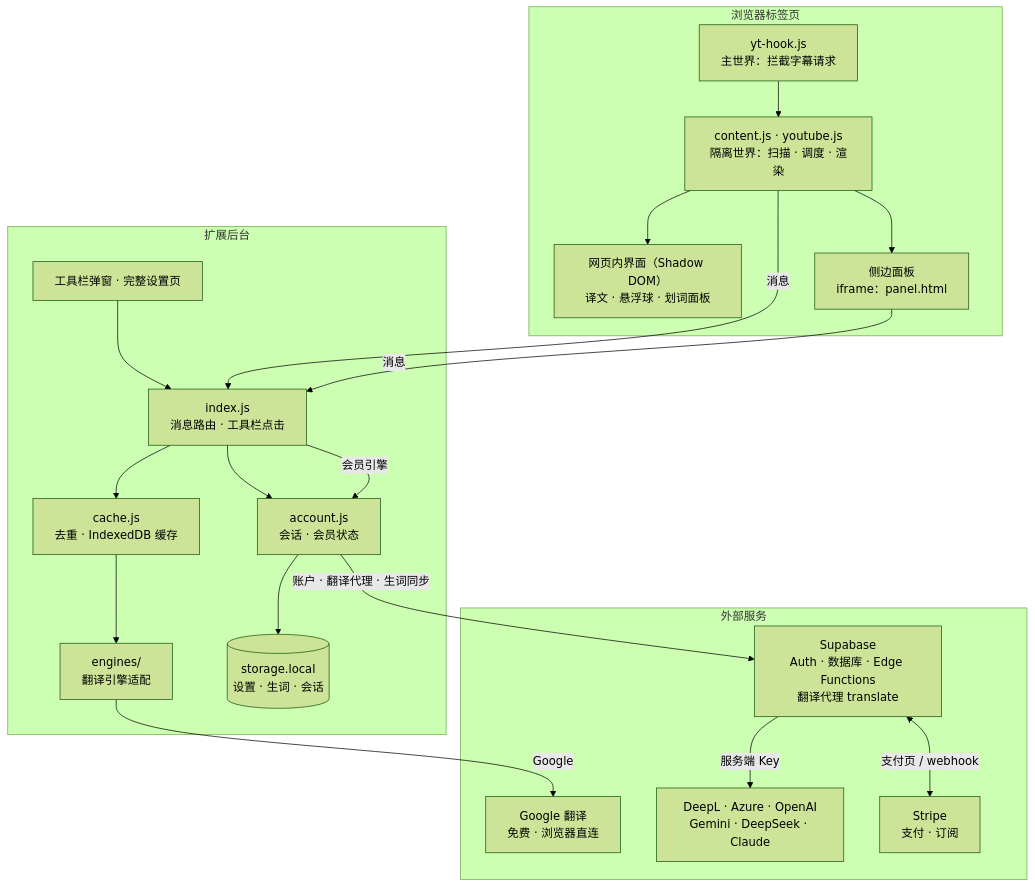
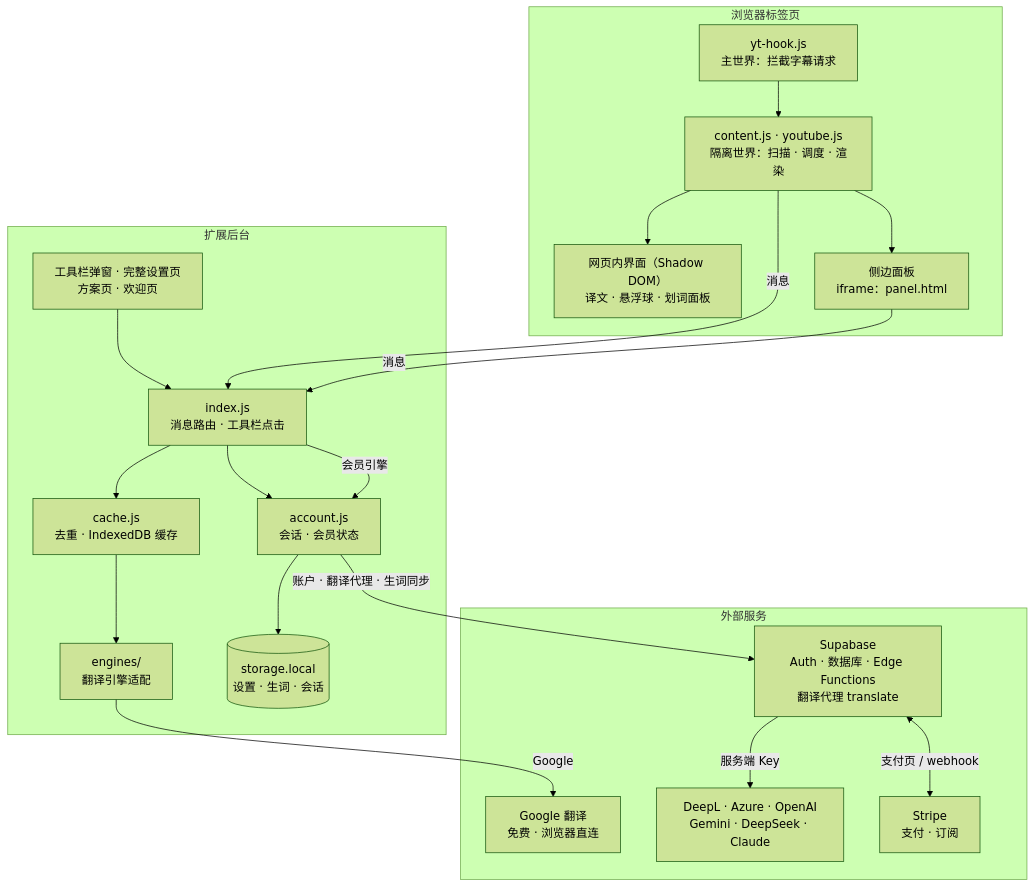
One commit to pandatalk8/glimmer changed the first of 13 diagrams in docs/architecture.md. Above: the diagram before and after it, drawn with Mermaid (forest theme). The commit also changed other lines of this file and 9 other files, not shown here.

````diff
--- a/docs/architecture.md
+++ b/docs/architecture.md
@@ -43,39 +44,39 @@
 ```mermaid
 flowchart TB
   subgraph TAB["浏览器标签页"]
     HOOK["yt-hook.js<br/>主世界：拦截字幕请求"]
     CS["content.js · youtube.js<br/>隔离世界：扫描 · 调度 · 渲染"]
     UI["网页内界面（Shadow DOM）<br/>译文 · 悬浮球 · 划词面板"]
     DRAWER["侧边面板<br/>iframe：panel.html"]
     HOOK --> CS
     CS --> UI
     CS --> DRAWER
   end
 
   subgraph BG["扩展后台"]
-    PAGES["工具栏弹窗 · 完整设置页"]
+    PAGES["工具栏弹窗 · 完整设置页<br/>方案页 · 欢迎页"]
     ROUTER["index.js<br/>消息路由 · 工具栏点击"]
     CACHE["cache.js<br/>去重 · IndexedDB 缓存"]
     ENG["engines/<br/>翻译引擎适配"]
     ACC["account.js<br/>会话 · 会员状态"]
     STORE[("storage.local<br/>设置 · 生词 · 会话")]
     PAGES --> ROUTER
     ROUTER --> CACHE --> ENG
     ROUTER --> ACC --> STORE
   end
 
   subgraph CLOUD["外部服务"]
     GT["Google 翻译<br/>免费 · 浏览器直连"]
     SUPA["Supabase<br/>Auth · 数据库 · Edge Functions<br/>翻译代理 translate"]
     PRO["DeepL · Azure · OpenAI<br/>Gemini · DeepSeek · Claude"]
     STRIPE["Stripe<br/>支付 · 订阅"]
     SUPA <-- "支付页 / webhook" --> STRIPE
     SUPA -- "服务端 Key" --> PRO
   end
 
   CS -- "消息" --> ROUTER
   DRAWER -- "消息" --> ROUTER
   ENG -- "Google" --> GT
   ROUTER -- "会员引擎" --> ACC
   ACC -- "账户 · 翻译代理 · 生词同步" --> SUPA
 ```
````
